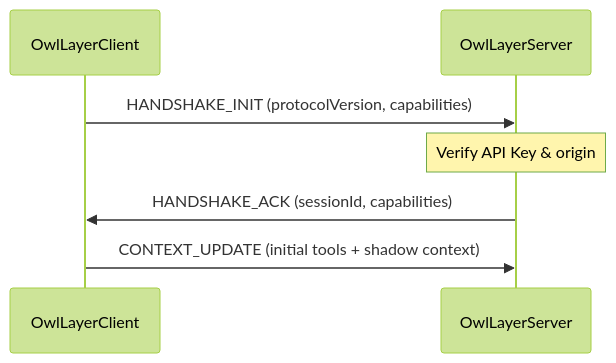
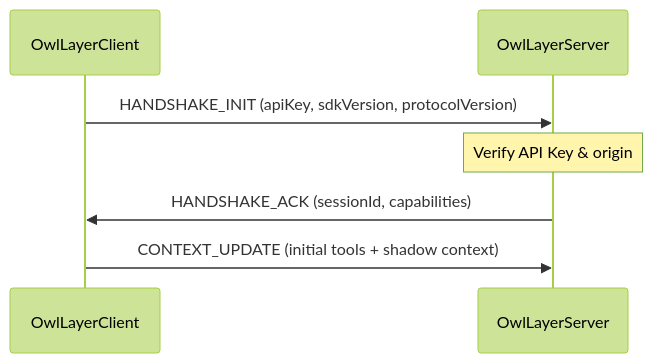
Before and after one commit to borisbob91/owllayer: the first of 2 diagrams in docs-site/aitp-protocol.md, drawn with Mermaid (forest theme). The commit also changed other lines of this file and 4 other files, not shown here.

````diff
--- a/docs-site/aitp-protocol.md
+++ b/docs-site/aitp-protocol.md
@@ -35,10 +39,10 @@
 ```mermaid
 sequenceDiagram
     participant Client as OwlLayerClient
     participant Server as OwlLayerServer
     
-    Client->>Server: HANDSHAKE_INIT (protocolVersion, capabilities)
+    Client->>Server: HANDSHAKE_INIT (apiKey, sdkVersion, protocolVersion)
     Note over Server: Verify API Key & origin
     Server->>Client: HANDSHAKE_ACK (sessionId, capabilities)
     Client->>Server: CONTEXT_UPDATE (initial tools + shadow context)
 ```
````
